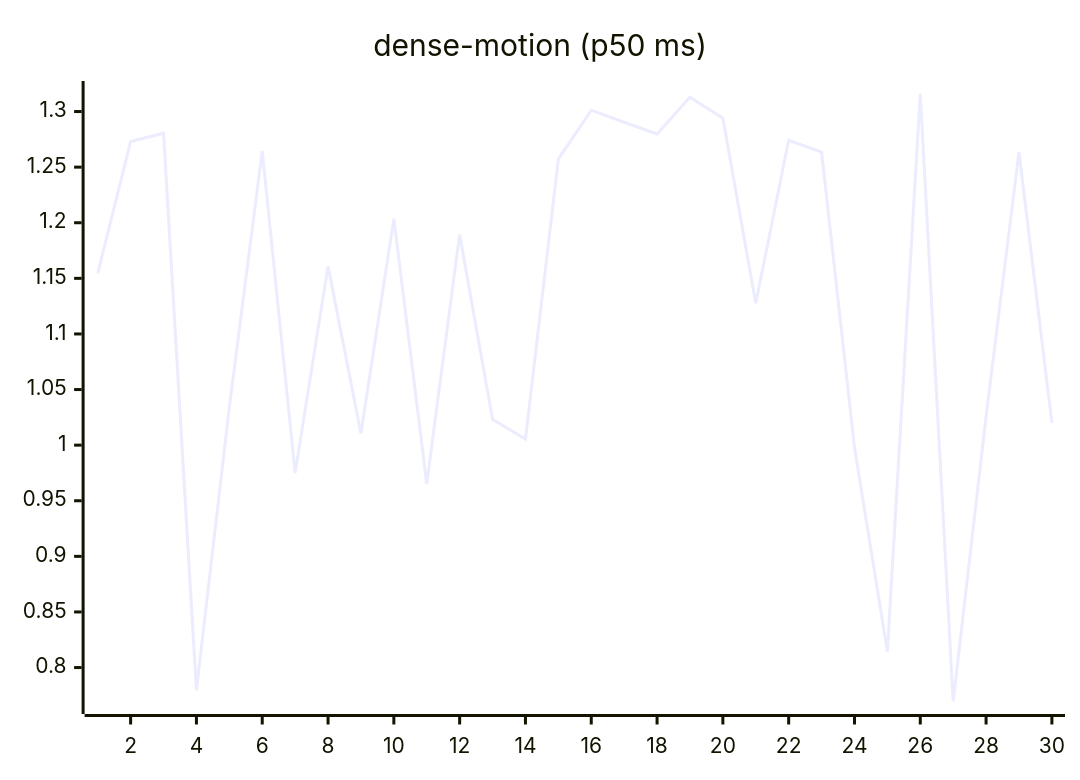
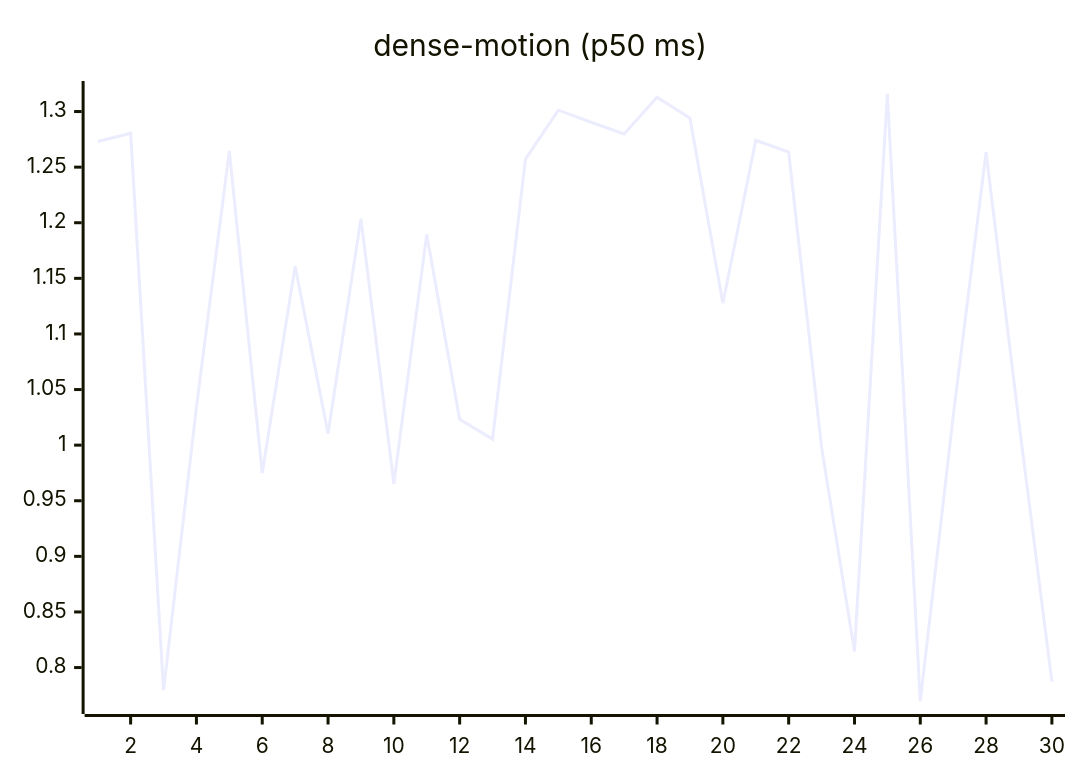
One commit to josha/Facet changed the ninth of 27 diagrams in README.md. Above: the diagram before and after it, drawn with Mermaid. The commit also changed other lines of this file and 2 other files, not shown here.

````diff
--- a/README.md
+++ b/README.md
@@ -119,6 +119,6 @@
 ```mermaid
 xychart-beta
     title "dense-motion (p50 ms)"
     x-axis 1 --> 30
-    line [1.1544, 1.2730, 1.2805, 0.7796, 1.0341, 1.2646, 0.9749, 1.1610, 1.0105, 1.2037, 0.9653, 1.1895, 1.0233, 1.0054, 1.2572, 1.3012, 1.2904, 1.2798, 1.3128, 1.2940, 1.1276, 1.2742, 1.2636, 0.9981, 0.8144, 1.3160, 0.7697, 1.0258, 1.2636, 1.0200]
+    line [1.2730, 1.2805, 0.7796, 1.0341, 1.2646, 0.9749, 1.1610, 1.0105, 1.2037, 0.9653, 1.1895, 1.0233, 1.0054, 1.2572, 1.3012, 1.2904, 1.2798, 1.3128, 1.2940, 1.1276, 1.2742, 1.2636, 0.9981, 0.8144, 1.3160, 0.7697, 1.0258, 1.2636, 1.0200, 0.7874]
 ```
````
